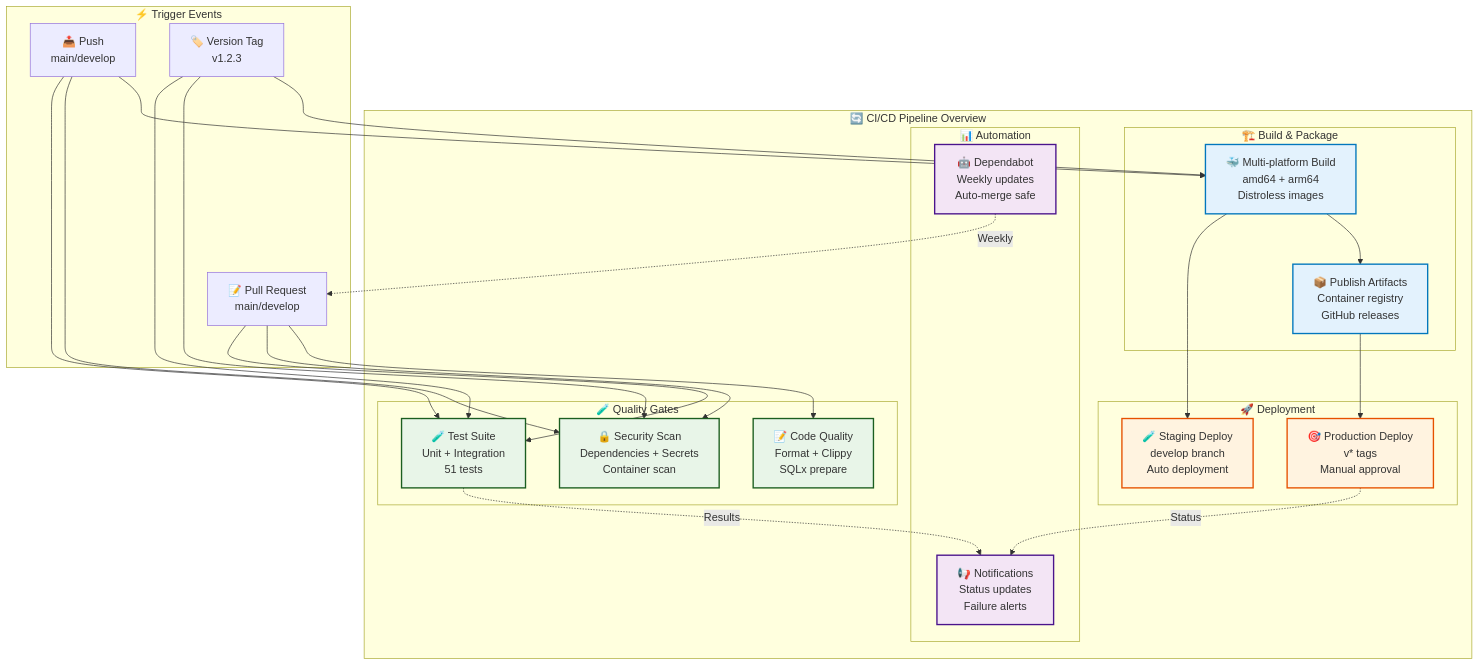
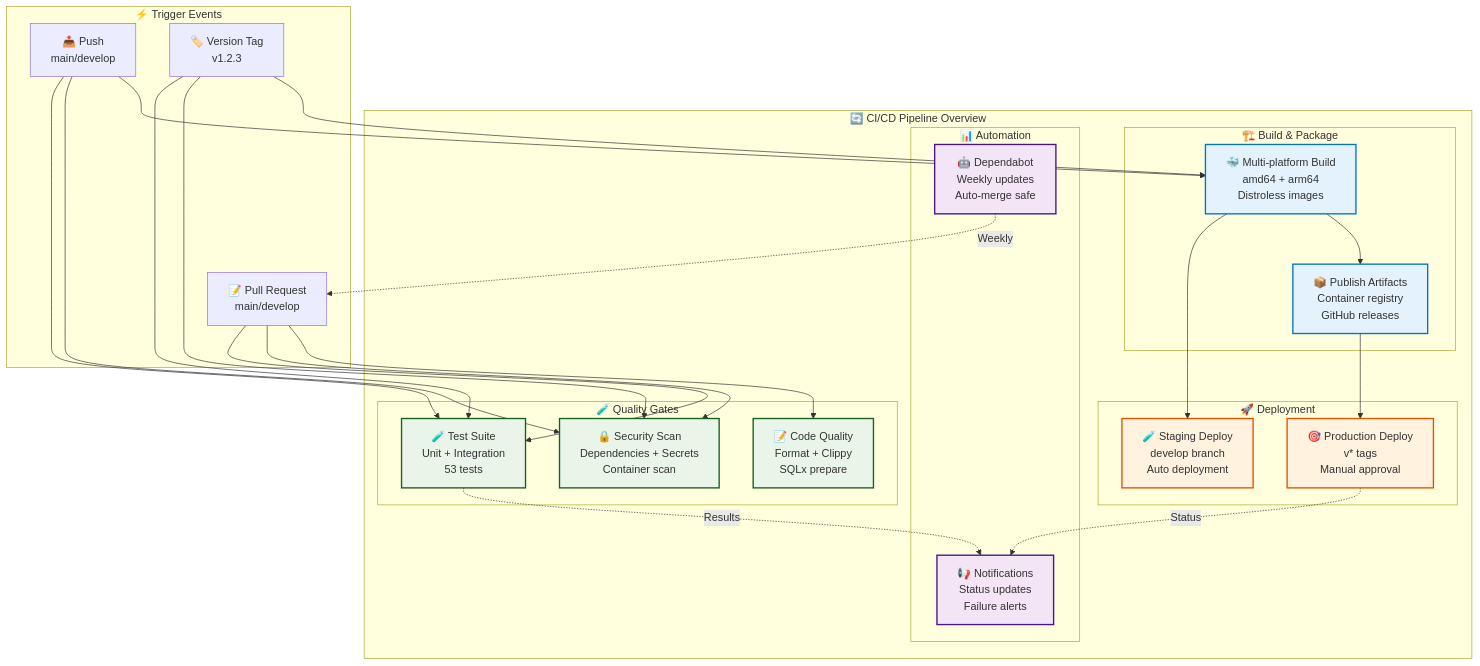
Before and after one commit to quanhua92/rust-fullstack-starter: the diagram in docs/cicd.md, drawn with Mermaid. The commit also changed 9 other files, not shown here.

````diff
--- a/docs/cicd.md
+++ b/docs/cicd.md
@@ -7,60 +7,60 @@
 ```mermaid
 graph TB
     subgraph "🔄 CI/CD Pipeline Overview"
         subgraph "🧪 Quality Gates"
-            TEST[🧪 Test Suite<br/>Unit + Integration<br/>51 tests]
+            TEST[🧪 Test Suite<br/>Unit + Integration<br/>53 tests]
             SECURITY[🔒 Security Scan<br/>Dependencies + Secrets<br/>Container scan]
             LINT[📝 Code Quality<br/>Format + Clippy<br/>SQLx prepare]
         end
         
         subgraph "🏗️ Build & Package"
             BUILD[🐳 Multi-platform Build<br/>amd64 + arm64<br/>Distroless images]
             PUBLISH[📦 Publish Artifacts<br/>Container registry<br/>GitHub releases]
         end
         
         subgraph "🚀 Deployment"
             STAGING[🧪 Staging Deploy<br/>develop branch<br/>Auto deployment]
             PROD[🎯 Production Deploy<br/>v* tags<br/>Manual approval]
         end
         
         subgraph "📊 Automation"
             DEPENDABOT[🤖 Dependabot<br/>Weekly updates<br/>Auto-merge safe]
             NOTIFICATIONS[📢 Notifications<br/>Status updates<br/>Failure alerts]
         end
     end
     
     subgraph "⚡ Trigger Events"
         PR[📝 Pull Request<br/>main/develop]
         PUSH[📤 Push<br/>main/develop]
         TAG[🏷️ Version Tag<br/>v1.2.3]
     end
     
     PR --> TEST
     PR --> SECURITY
     PR --> LINT
     
     PUSH --> TEST
     PUSH --> SECURITY
     PUSH --> BUILD
     BUILD --> STAGING
     
     TAG --> TEST
     TAG --> SECURITY
     TAG --> BUILD
     BUILD --> PUBLISH
     PUBLISH --> PROD
     
     DEPENDABOT -.->|Weekly| PR
     TEST -.->|Results| NOTIFICATIONS
     PROD -.->|Status| NOTIFICATIONS
     
     classDef qualityBox fill:#e8f5e8,stroke:#1b5e20,stroke-width:2px
     classDef buildBox fill:#e3f2fd,stroke:#0277bd,stroke-width:2px
     classDef deployBox fill:#fff3e0,stroke:#e65100,stroke-width:2px
     classDef autoBox fill:#f3e5f5,stroke:#4a148c,stroke-width:2px
     
     class TEST,SECURITY,LINT qualityBox
     class BUILD,PUBLISH buildBox
     class STAGING,PROD deployBox
     class DEPENDABOT,NOTIFICATIONS autoBox
 ```
````
